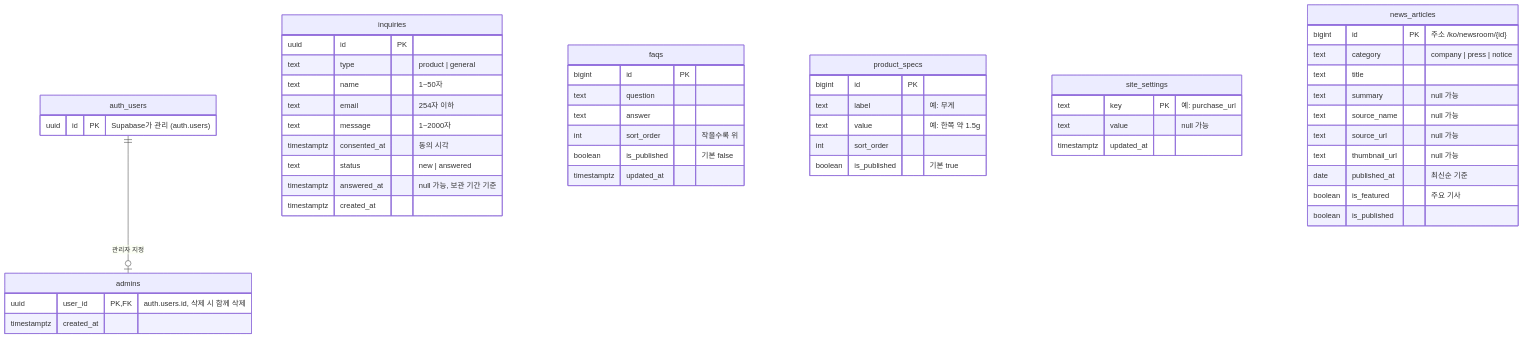
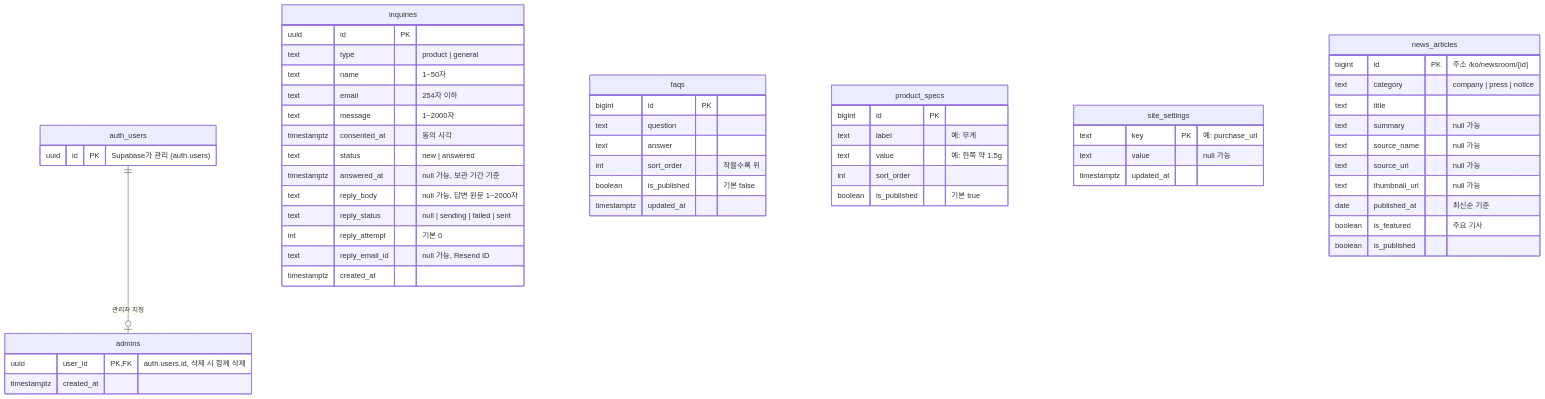
Before and after one commit to miniintern-sleepy/sleepy: the diagram in docs/database.md, drawn with Mermaid. The commit also changed other lines of this file and 27 other files, not shown here.

````diff
--- a/docs/database.md
+++ b/docs/database.md
@@ -22,55 +22,59 @@
 ```mermaid
 erDiagram
     auth_users ||--o| admins : "관리자 지정"
 
     auth_users {
         uuid id PK "Supabase가 관리 (auth.users)"
     }
     admins {
         uuid user_id PK, FK "auth.users.id, 삭제 시 함께 삭제"
         timestamptz created_at
     }
     inquiries {
         uuid id PK
         text type "product | general"
         text name "1~50자"
         text email "254자 이하"
         text message "1~2000자"
         timestamptz consented_at "동의 시각"
         text status "new | answered"
         timestamptz answered_at "null 가능, 보관 기간 기준"
+        text reply_body "null 가능, 답변 원문 1~2000자"
+        text reply_status "null | sending | failed | sent"
+        int reply_attempt "기본 0"
+        text reply_email_id "null 가능, Resend ID"
         timestamptz created_at
     }
     faqs {
         bigint id PK
         text question
         text answer
         int sort_order "작을수록 위"
         boolean is_published "기본 false"
         timestamptz updated_at
     }
     product_specs {
         bigint id PK
         text label "예: 무게"
         text value "예: 한쪽 약 1.5g"
         int sort_order
         boolean is_published "기본 true"
     }
     site_settings {
         text key PK "예: purchase_url"
         text value "null 가능"
         timestamptz updated_at
     }
     news_articles {
         bigint id PK "주소 /ko/newsroom/{id}"
         text category "company | press | notice"
         text title
         text summary "null 가능"
         text source_name "null 가능"
         text source_url "null 가능"
         text thumbnail_url "null 가능"
         date published_at "최신순 기준"
         boolean is_featured "주요 기사"
         boolean is_published
     }
 ```
````
